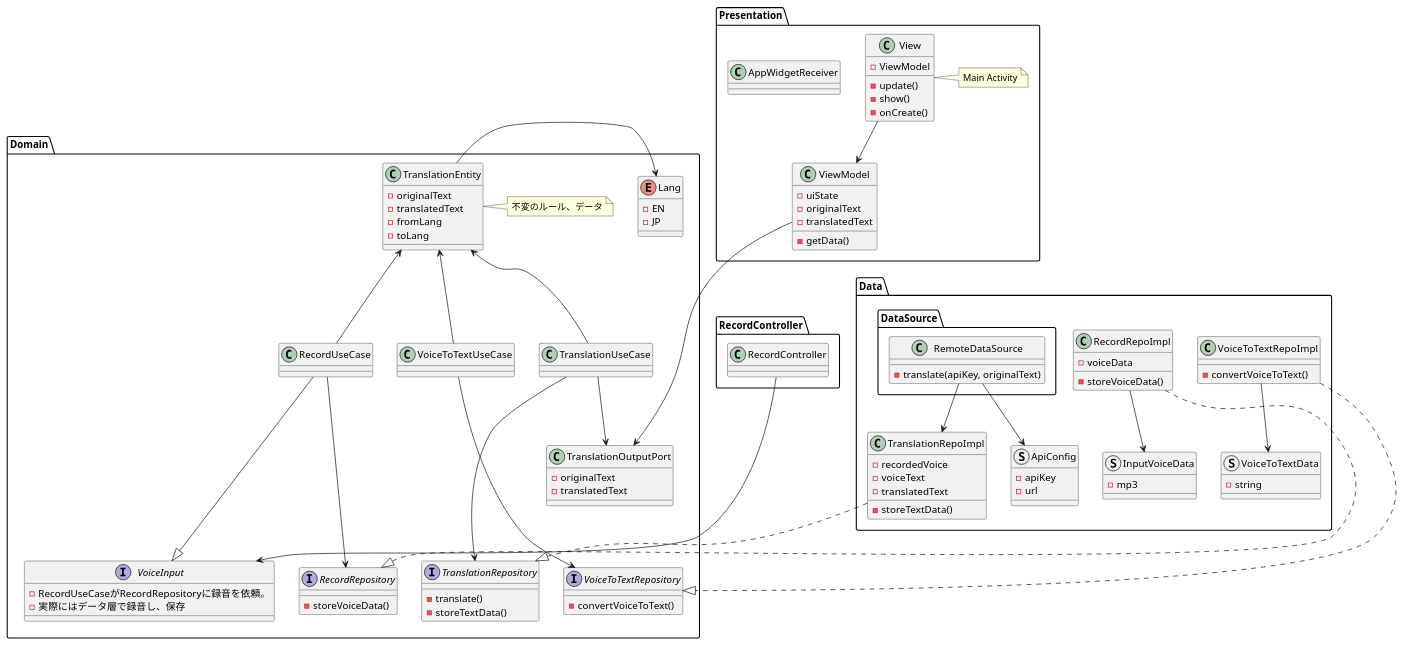
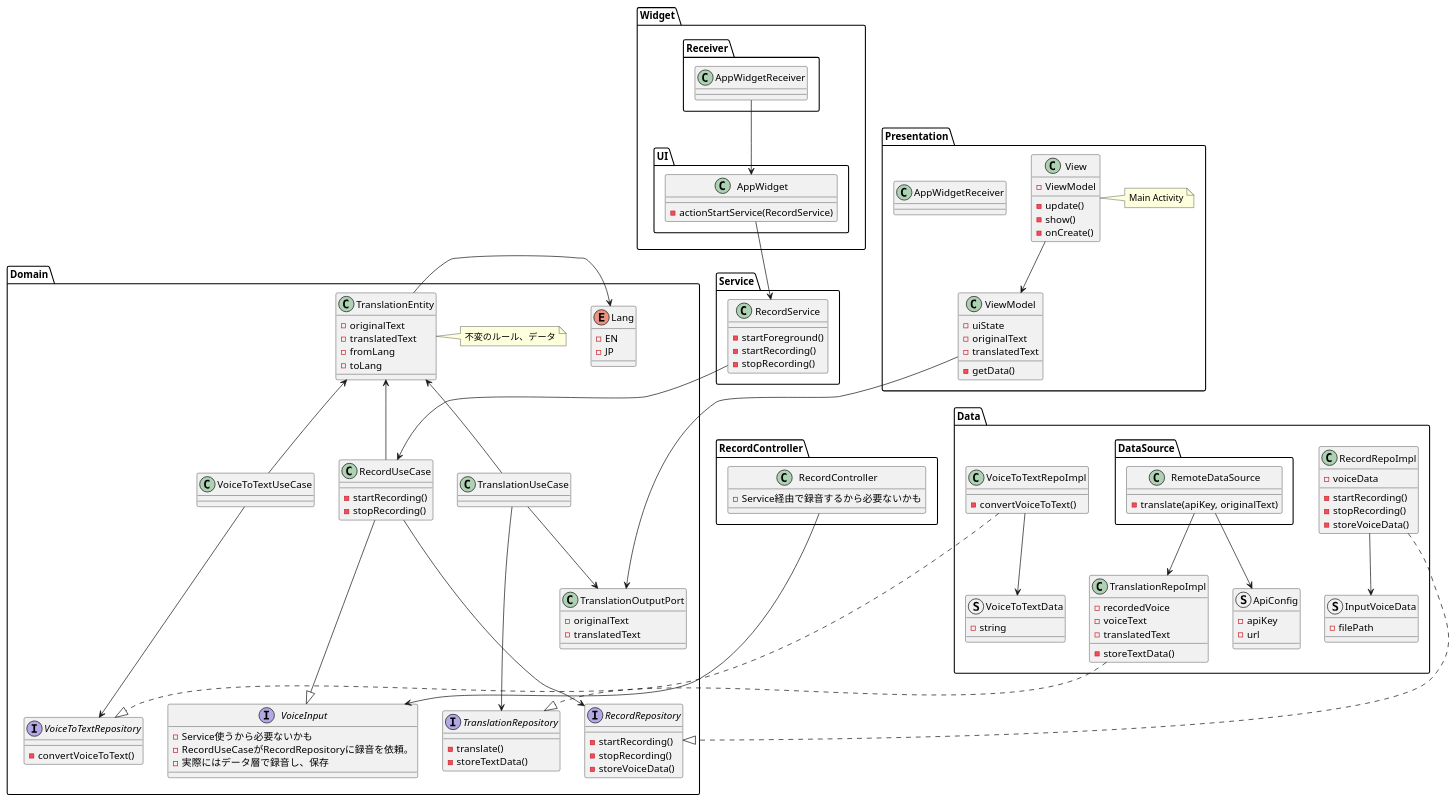
Before and after one commit to eight50/SeamlessTranslation: the diagram in app/docs/class_overview.puml, drawn with PlantUML. The commit also changed 25 other files, not shown here.

```diff
--- a/app/docs/class_overview.puml
+++ b/app/docs/class_overview.puml
@@ -1,165 +1,200 @@
 @startuml
 
 package Domain {
 
     together {
         class TranslationEntity {
             - originalText
             - translatedText
             - fromLang
             - toLang
         }
 
         enum Lang {
             - EN
             - JP
         }
     }
 
     together {
         class TranslationUseCase {
 
         }
 
         class RecordUseCase {
-
+            - startRecording()
+            - stopRecording()
         }
 
         class VoiceToTextUseCase {
 
         }
     }
 
     together {
         interface TranslationRepository {
             - translate()
             - storeTextData()
         }
 
         interface RecordRepository {
+            - startRecording()
+            - stopRecording()
             - storeVoiceData()
         }
 
         interface VoiceToTextRepository {
             - convertVoiceToText()
 
         }
 
         interface VoiceInput {
+            - Service使うから必要ないかも
             - RecordUseCaseがRecordRepositoryに録音を依頼。
             - 実際にはデータ層で録音し、保存
         }
 
     }
 
     class TranslationOutputPort {
         - originalText
         - translatedText
     }
 
 
 
     TranslationEntity --right> Lang
     TranslationUseCase --up> TranslationEntity
     TranslationUseCase --> TranslationRepository
     TranslationUseCase --> TranslationOutputPort
     RecordUseCase --up> TranslationEntity
     RecordUseCase --> RecordRepository
     RecordUseCase ---|> VoiceInput
     VoiceToTextUseCase --up> TranslationEntity
     VoiceToTextUseCase --> VoiceToTextRepository
 
     note right of TranslationEntity : 不変のルール、データ
 }
 
 
 package RecordController {
+    class RecordController {
+        - Service経由で録音するから必要ないかも
+    }
 
     RecordController ---> VoiceInput
+
 }
 
 
 package Presentation {
     class View {
         - ViewModel
         - update()
         - show()
         - onCreate()
     }
 
     class ViewModel {
         - uiState
         - originalText
         - translatedText
         - getData()
     }
 
     class AppWidgetReceiver {
 
     }
 
     View --> ViewModel
     ViewModel ---> TranslationOutputPort
     note right of View : Main Activity
 }
 
 
 package Data {
     class TranslationRepoImpl {
         - recordedVoice
         - voiceText
         - translatedText
         - storeTextData()
     }
 
     class RecordRepoImpl {
         - voiceData
+        - startRecording()
+        - stopRecording()
         - storeVoiceData()
     }
 
     class VoiceToTextRepoImpl {
         - convertVoiceToText()
     }
 
     struct ApiConfig {
         - apiKey
         - url
     }
 
     struct InputVoiceData {
-        - mp3
+        - filePath
     }
 
     struct VoiceToTextData {
         - string
     }
 
 
     package DataSource {
 
         class RemoteDataSource {
             - translate(apiKey, originalText)
         }
     }
 
     TranslationRepoImpl ..|> TranslationRepository
     RecordRepoImpl ..|> RecordRepository
     RecordRepoImpl --> InputVoiceData
     RemoteDataSource --> TranslationRepoImpl
     RemoteDataSource --> ApiConfig
     VoiceToTextRepoImpl ..|> VoiceToTextRepository
     VoiceToTextRepoImpl --> VoiceToTextData
 
 }
 
+package Service {
+    class RecordService {
+        - startForeground()
+        - startRecording()
+        - stopRecording()
+    }
+
+    RecordService --> RecordUseCase
+}
+
+package Widget {
+    package UI {
+        class AppWidget {
+            - actionStartService(RecordService)
+        }
+    }
+
+    package Receiver {
+        class AppWidgetReceiver
+    }
+
+    Receiver.AppWidgetReceiver --> UI.AppWidget
+    AppWidget --> Service.RecordService
+}
+
 
 
 
 
 
 
 
 
 
 
 @enduml
```
